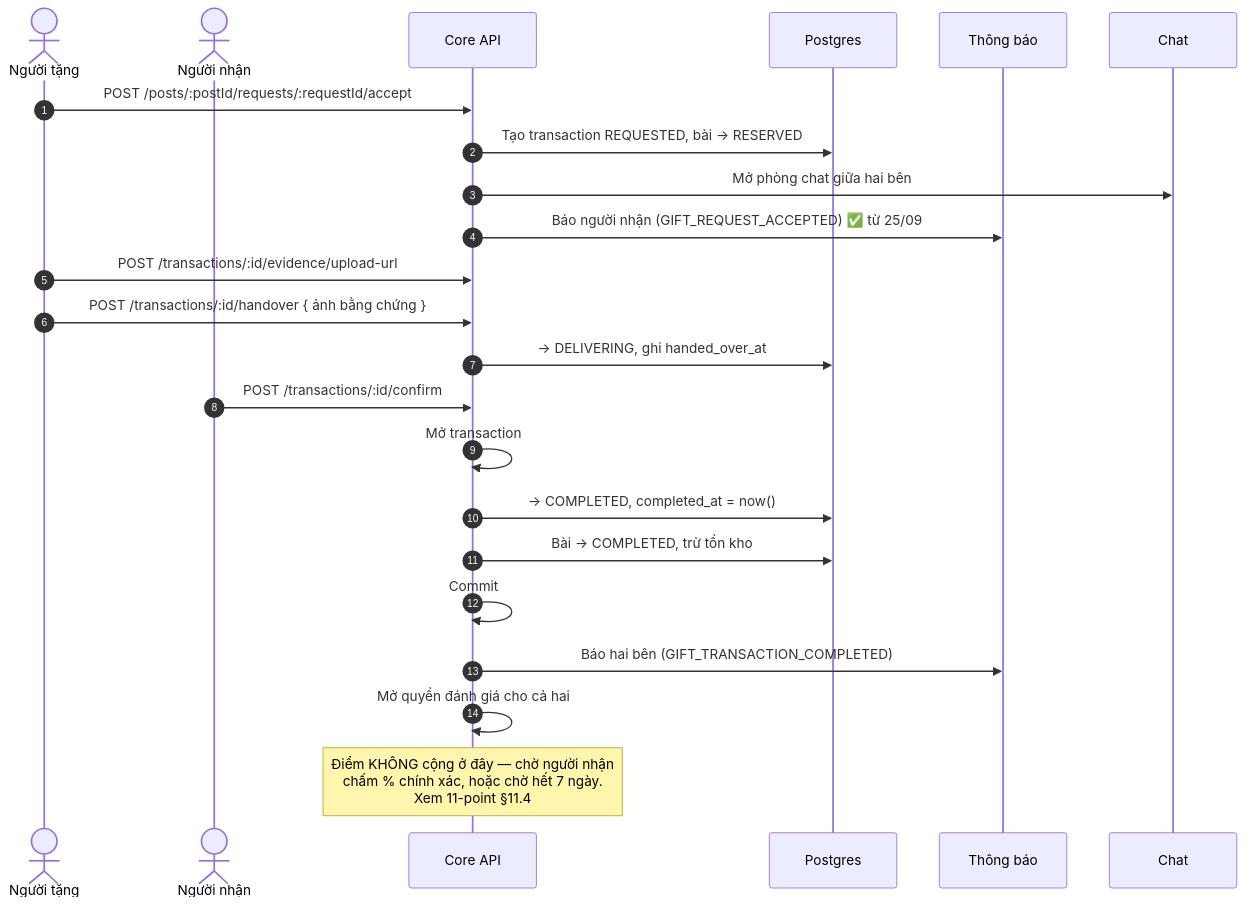
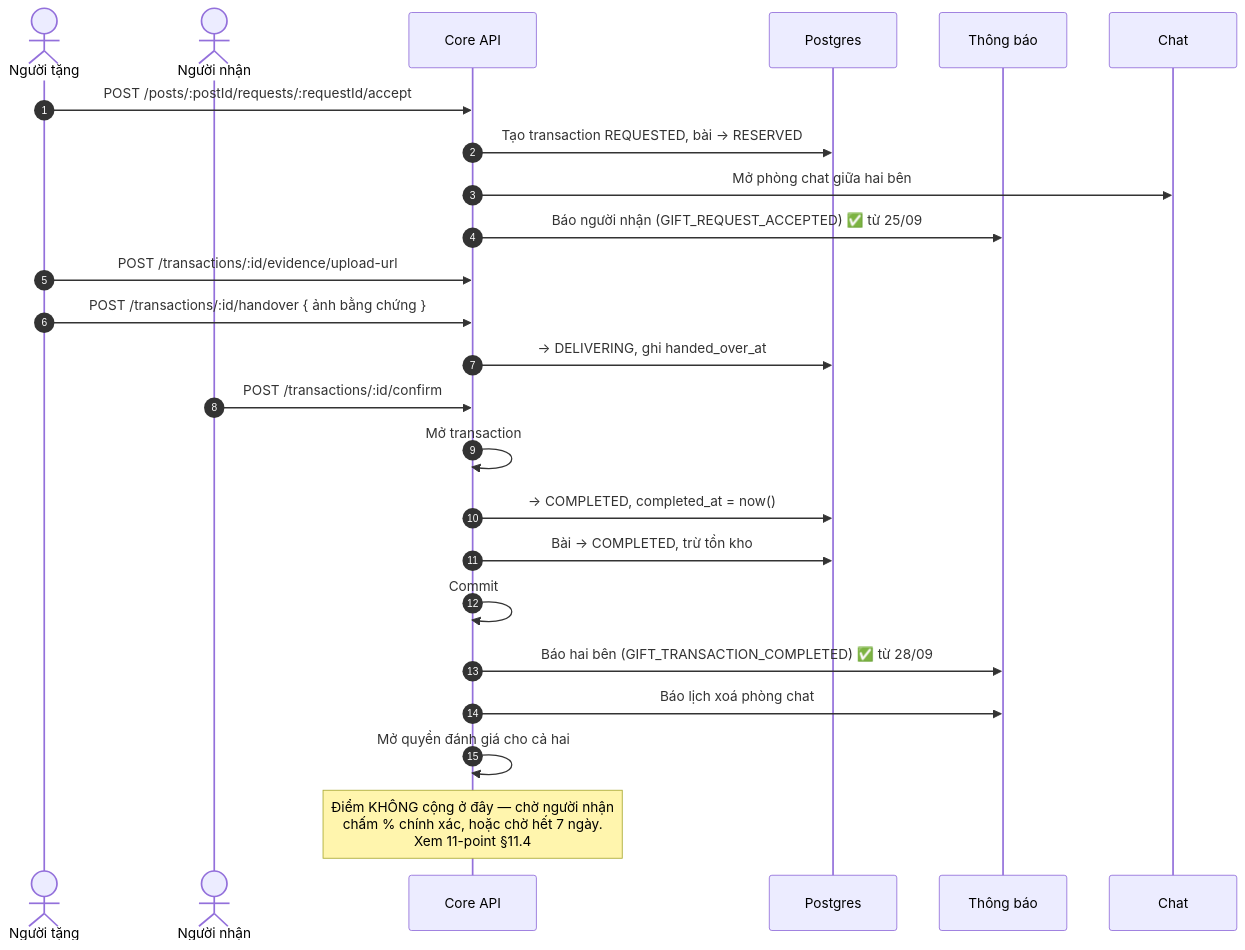
The second of 7 diagrams in docs/diagram/08-transaction.md (fdshn/trueheart), drawn with Mermaid before and after one commit. The commit also changed other lines of this file and 15 other files, not shown here.

First line of the commit message:
feat(transaction): báo hai bên khi lượt trao hoàn tất, gỡ cửa phụ tạo lượt trao

````diff
--- a/docs/diagram/08-transaction.md
+++ b/docs/diagram/08-transaction.md
@@ -44,28 +53,29 @@
 ```mermaid
 sequenceDiagram
     autonumber
     actor G as Người tặng
     actor R as Người nhận
     participant API as Core API
     participant DB as Postgres
     participant N as Thông báo
     participant C as Chat
 
     G->>API: POST /posts/:postId/requests/:requestId/accept
     API->>DB: Tạo transaction REQUESTED, bài → RESERVED
     API->>C: Mở phòng chat giữa hai bên
     API->>N: Báo người nhận (GIFT_REQUEST_ACCEPTED) ✅ từ 25/09
 
     G->>API: POST /transactions/:id/evidence/upload-url
     G->>API: POST /transactions/:id/handover { ảnh bằng chứng }
     API->>DB: → DELIVERING, ghi handed_over_at
 
     R->>API: POST /transactions/:id/confirm
     API->>API: Mở transaction
     API->>DB: → COMPLETED, completed_at = now()
     API->>DB: Bài → COMPLETED, trừ tồn kho
     API->>API: Commit
-    API->>N: Báo hai bên (GIFT_TRANSACTION_COMPLETED)
+    API->>N: Báo hai bên (GIFT_TRANSACTION_COMPLETED) ✅ từ 28/09
+    API->>N: Báo lịch xoá phòng chat
     API->>API: Mở quyền đánh giá cho cả hai
     Note over API: Điểm KHÔNG cộng ở đây — chờ người nhận<br/>chấm % chính xác, hoặc chờ hết 7 ngày.<br/>Xem 11-point §11.4
 ```
````
